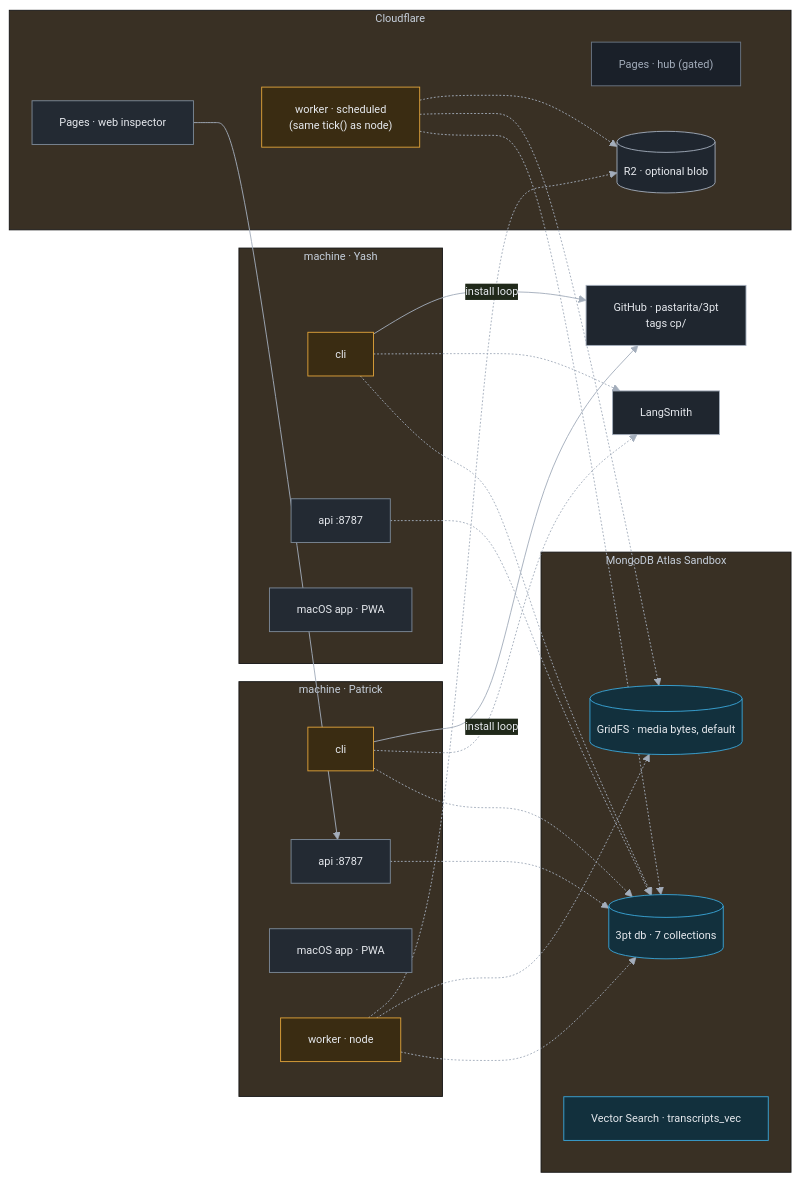
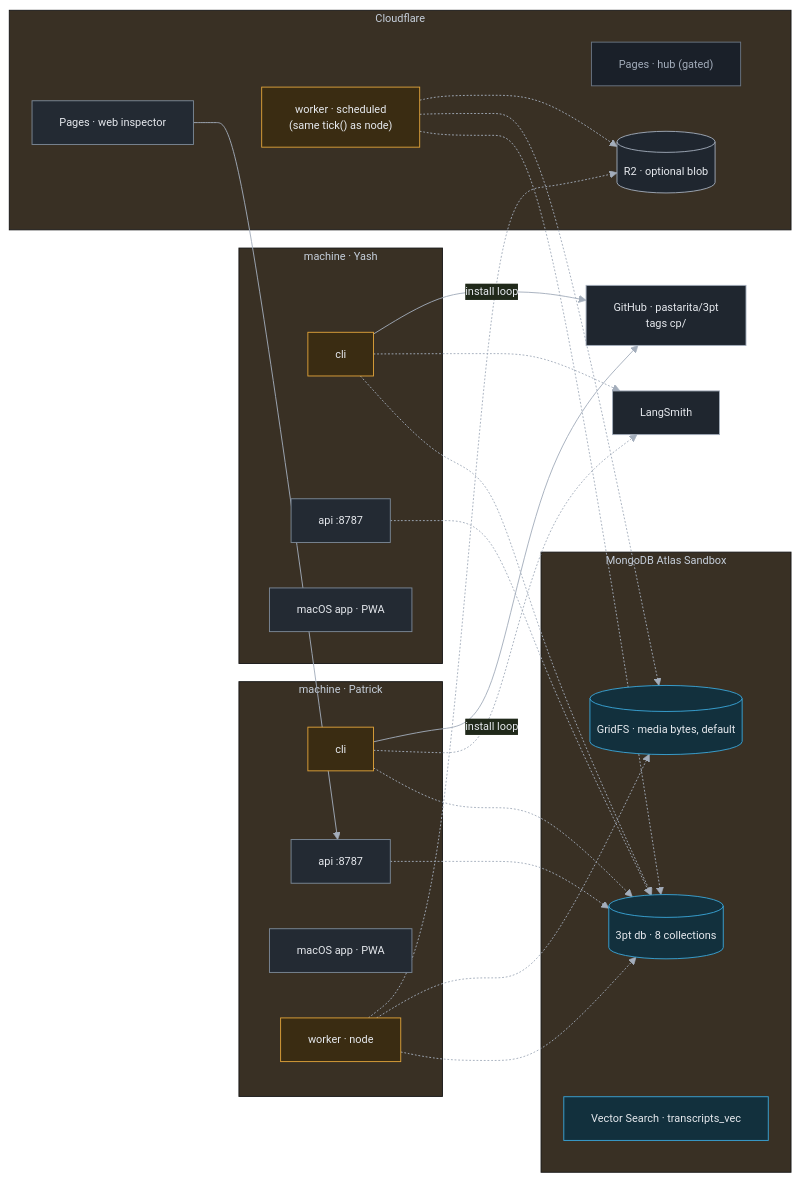
Before and after one commit to pastarita/3pt: the sixth of 9 diagrams in docs/10-architecture.md, drawn with Mermaid. The commit also changed other lines of this file and 24 other files, not shown here.

````diff
--- a/docs/10-architecture.md
+++ b/docs/10-architecture.md
@@ -280,40 +297,40 @@
 ```mermaid
 %%{init: {"theme":"base","themeVariables":{"background":"#0f1216","primaryColor":"#1a2029","primaryTextColor":"#e6e9ee","primaryBorderColor":"#3a4552","lineColor":"#a3adbb","fontFamily":"ui-monospace, Menlo, monospace","fontSize":"12px"}}}%%
 flowchart LR
   subgraph M1["machine · Patrick"]
     C1[cli]:::build
     P1[api :8787]:::surface
     U1[macOS app · PWA]:::surface
     W1[worker · node]:::build
   end
   subgraph M2["machine · Yash"]
     C2[cli]:::build
     P2[api :8787]:::surface
     U2[macOS app · PWA]:::surface
   end
   subgraph CF["Cloudflare"]
     WK["worker · scheduled\n(same tick() as node)"]:::build
     PG["Pages · web inspector"]:::surface
     HB["Pages · hub (gated)"]:::data
     R2[("R2 · optional blob")]:::battery
   end
   subgraph AT["MongoDB Atlas Sandbox"]
-    DB[("3pt db · 7 collections")]:::atlas
+    DB[("3pt db · 8 collections")]:::atlas
     GF[("GridFS · media bytes, default")]:::atlas
     VS["Vector Search · transcripts_vec"]:::atlas
   end
   LS["LangSmith"]:::battery
   GH["GitHub · pastarita/3pt\ntags cp/<n>"]:::battery
   C1 & C2 & W1 & WK & P1 & P2 -.-> DB
   W1 & WK -.-> GF
   W1 & WK -.-> R2
   C1 & C2 -.-> LS
   C1 & C2 -->|install loop| GH
   PG --> P1
   classDef plan fill:#241f3d,stroke:#8b7cf6,color:#e6e9ee
   classDef build fill:#3a2c12,stroke:#e0a33a,color:#e6e9ee
   classDef surface fill:#232a33,stroke:#7d8a99,color:#e6e9ee
   classDef atlas fill:#12303d,stroke:#3aa6d9,color:#e6e9ee
   classDef battery fill:#1f262f,stroke:#a3adbb,color:#e6e9ee
   classDef data fill:#1a2029,stroke:#6b7684,color:#a3adbb
 ```
````
